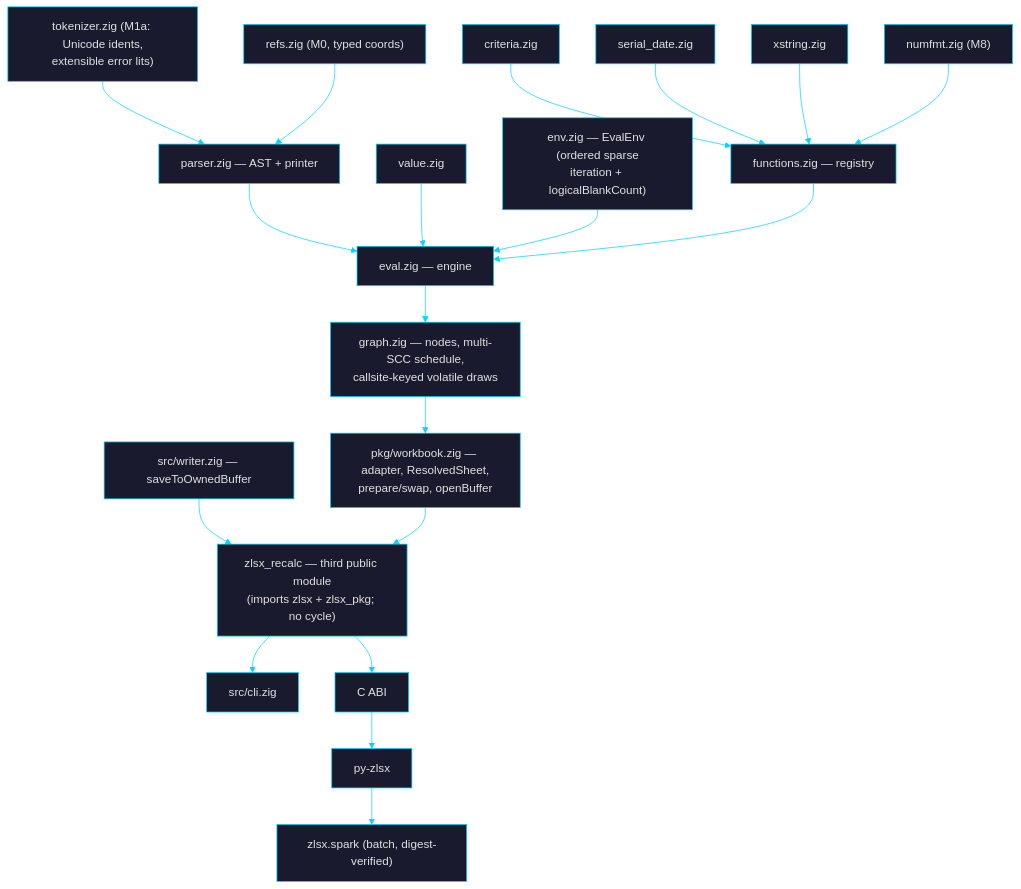
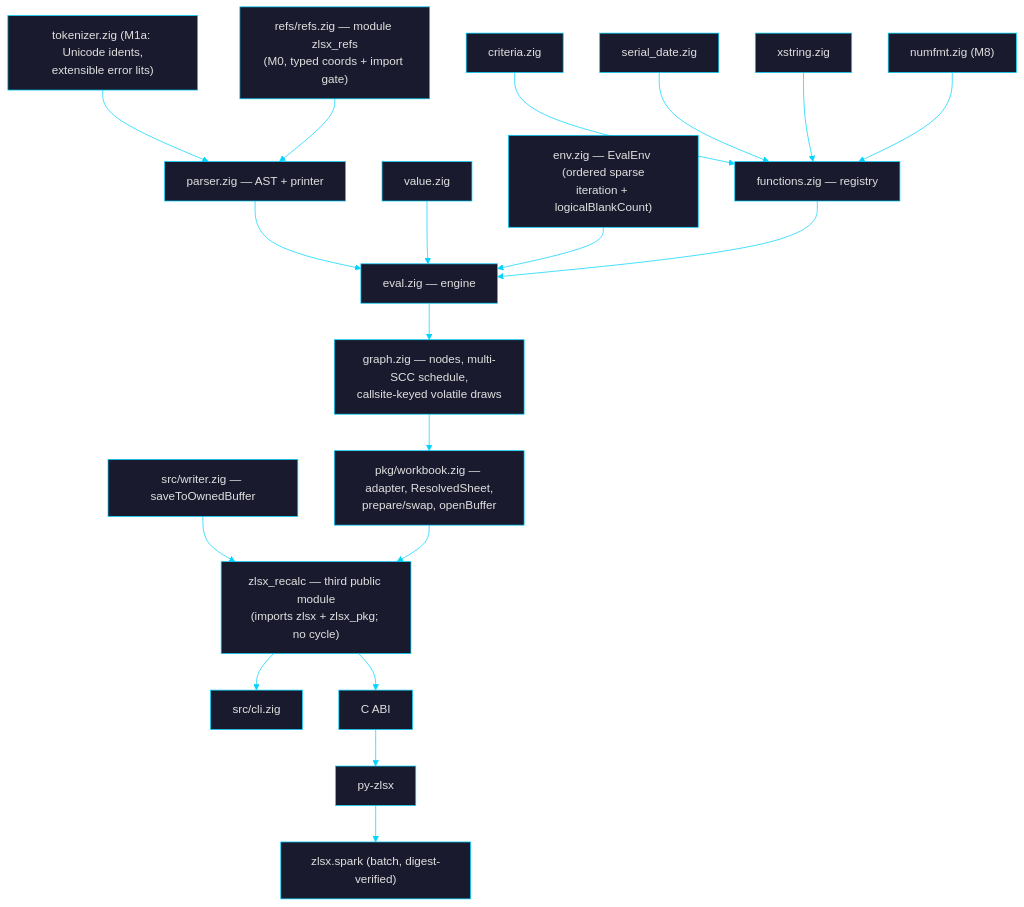
The diagram in goal_formula.md (laurentfabre/zlsx), drawn with Mermaid before and after one commit. The commit also changed other lines of this file and 14 other files, not shown here.

First line of the commit message:
feat(refs): unify A1 coordinates behind one typed module

````diff
--- a/goal_formula.md
+++ b/goal_formula.md
@@ -149,21 +149,21 @@
 ```mermaid
 %%{init: {'theme': 'base', 'themeVariables': {'primaryColor': '#1a1a2e', 'primaryTextColor': '#e0e0e0', 'primaryBorderColor': '#00d4ff', 'lineColor': '#00d4ff', 'secondaryColor': '#16213e', 'tertiaryColor': '#0f3460', 'fontFamily': 'monospace'}}}%%
 graph TD
     TOK["tokenizer.zig (M1a: Unicode idents,<br/>extensible error lits)"] --> PARSE["parser.zig — AST + printer"]
-    REFS["refs.zig (M0, typed coords)"] --> PARSE
+    REFS["refs/refs.zig — module zlsx_refs<br/>(M0, typed coords + import gate)"] --> PARSE
     PARSE --> EVAL["eval.zig — engine"]
     VAL["value.zig"] --> EVAL
     ENV["env.zig — EvalEnv (ordered sparse<br/>iteration + logicalBlankCount)"] --> EVAL
     CRIT["criteria.zig"] --> FN["functions.zig — registry"]
     SDATE["serial_date.zig"] --> FN
     XSTR["xstring.zig"] --> FN
     NUMFMT["numfmt.zig (M8)"] --> FN
     FN --> EVAL
     EVAL --> GRAPH["graph.zig — nodes, multi-SCC schedule,<br/>callsite-keyed volatile draws"]
     GRAPH --> WB["pkg/workbook.zig — adapter, ResolvedSheet,<br/>prepare/swap, openBuffer"]
     WRT["src/writer.zig — saveToOwnedBuffer"] --> ORCH
     WB --> ORCH["zlsx_recalc — third public module<br/>(imports zlsx + zlsx_pkg; no cycle)"]
     ORCH --> CLI["src/cli.zig"]
     ORCH --> CABI["C ABI"]
     CABI --> PY["py-zlsx"] --> SPARK["zlsx.spark (batch, digest-verified)"]
 ```
````
